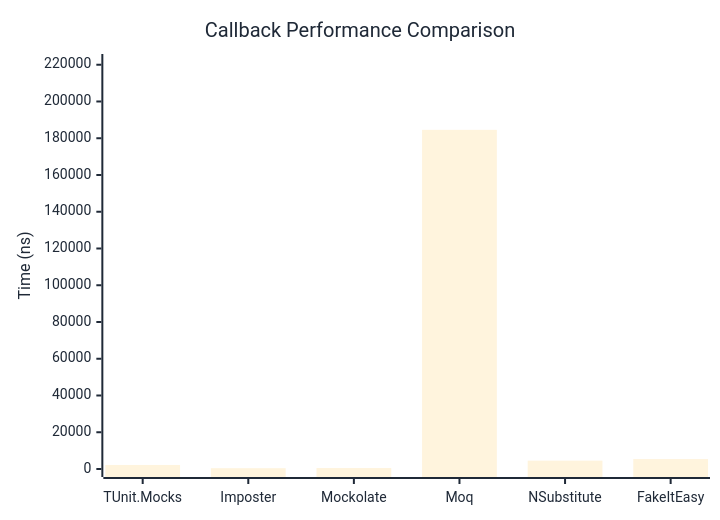
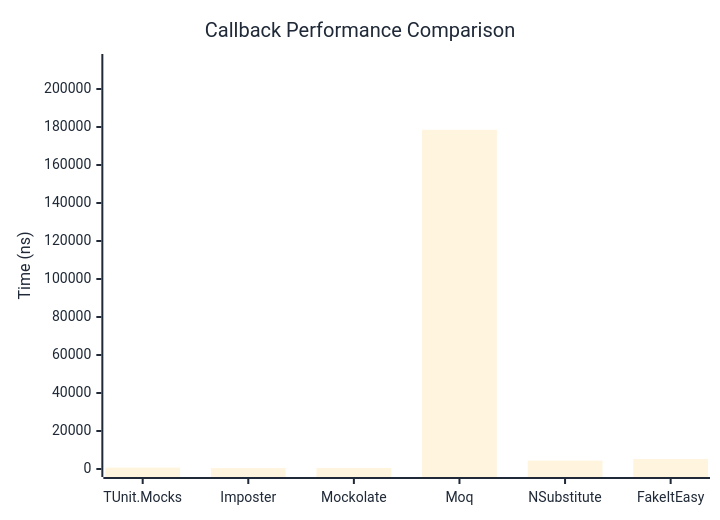
The first of 2 diagrams in docs/docs/benchmarks/mocks/Callback.md (thomhurst/TUnit), drawn with Mermaid before and after one commit. The commit also changed other lines of this file and 14 other files, not shown here.

````diff
--- a/docs/docs/benchmarks/mocks/Callback.md
+++ b/docs/docs/benchmarks/mocks/Callback.md
@@ -28,27 +28,27 @@
 ```mermaid
 %%{init: {
   'theme':'base',
   'themeVariables': {
     'primaryColor': '#2563eb',
     'primaryTextColor': '#1f2937',
     'primaryBorderColor': '#1e40af',
     'lineColor': '#6b7280',
     'secondaryColor': '#7c3aed',
     'tertiaryColor': '#dc2626',
     'background': '#ffffff',
     'pie1': '#2563eb',
     'pie2': '#7c3aed',
     'pie3': '#dc2626',
     'pie4': '#f59e0b',
     'pie5': '#10b981',
     'pie6': '#06b6d4',
     'pie7': '#ec4899',
     'pie8': '#6366f1'
   }
 }}%%
 xychart-beta
   title "Callback Performance Comparison"
   x-axis ["TUnit.Mocks", "Imposter", "Mockolate", "Moq", "NSubstitute", "FakeItEasy"]
-  y-axis "Time (ns)" 0 --> 221490
-  bar [2195.4, 445.5, 520.7, 184574.2, 4537.7, 5401.6]
+  y-axis "Time (ns)" 0 --> 214207
+  bar [740.2, 452.3, 519.3, 178505.1, 4419, 5227.9]
 ```
````
